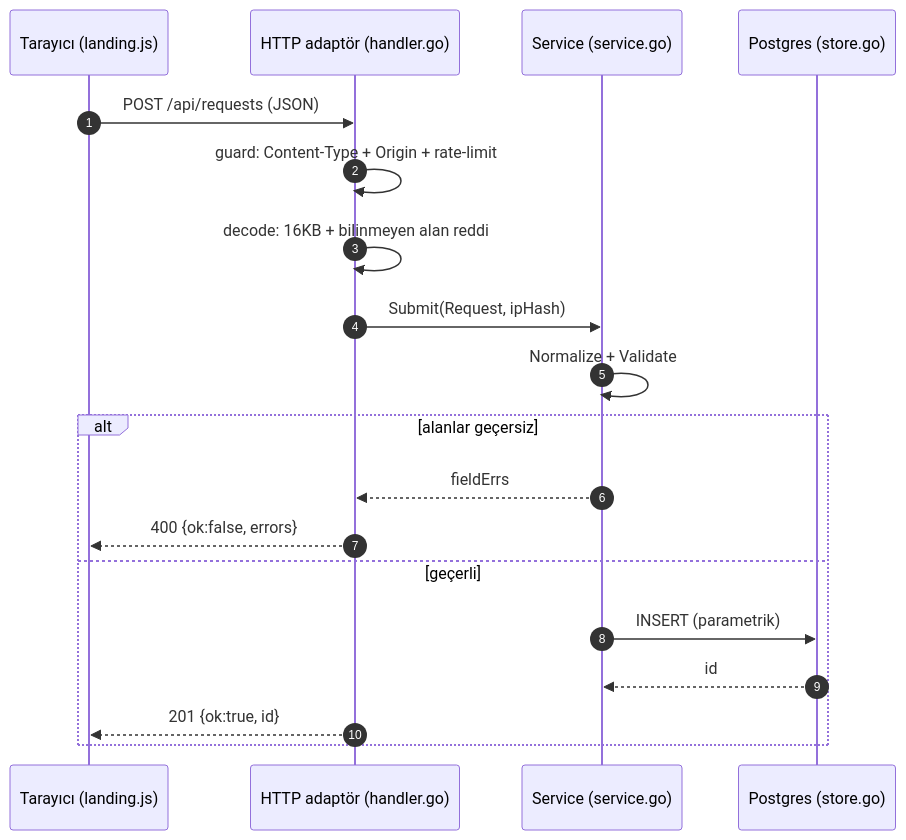
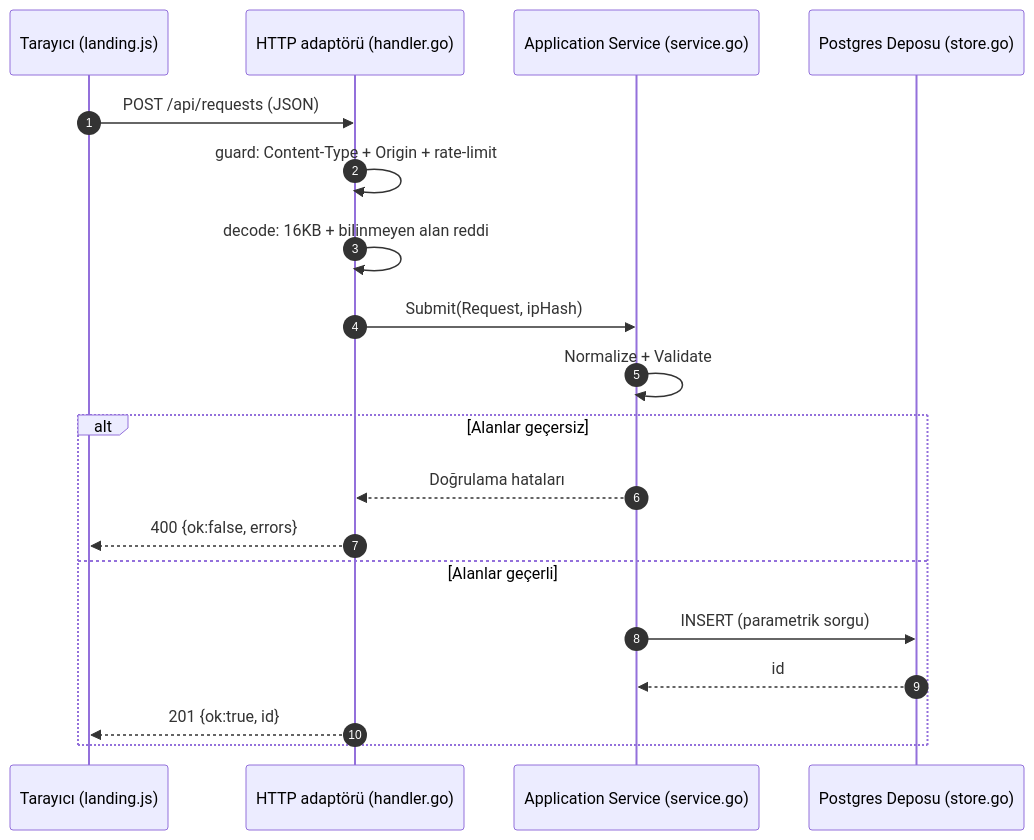
The diagram in WORKFLOW.md (r4venw4rd/opadm), drawn with Mermaid before and after one commit. The commit also changed other lines of this file and 1 other file, not shown here.

````diff
--- a/WORKFLOW.md
+++ b/WORKFLOW.md
@@ -45,21 +36,21 @@
 ```mermaid
 sequenceDiagram
   autonumber
   participant U as Tarayıcı (landing.js)
-  participant H as HTTP adaptör (handler.go)
-  participant S as Service (service.go)
-  participant D as Postgres (store.go)
+  participant H as HTTP adaptörü (handler.go)
+  participant S as Application Service (service.go)
+  participant D as Postgres Deposu (store.go)
   U->>H: POST /api/requests (JSON)
   H->>H: guard: Content-Type + Origin + rate-limit
   H->>H: decode: 16KB + bilinmeyen alan reddi
   H->>S: Submit(Request, ipHash)
   S->>S: Normalize + Validate
-  alt alanlar geçersiz
-    S-->>H: fieldErrs
+  alt Alanlar geçersiz
+    S-->>H: Doğrulama hataları
     H-->>U: 400 {ok:false, errors}
-  else geçerli
-    S->>D: INSERT (parametrik)
+  else Alanlar geçerli
+    S->>D: INSERT (parametrik sorgu)
     D-->>S: id
     H-->>U: 201 {ok:true, id}
   end
 ```
````
